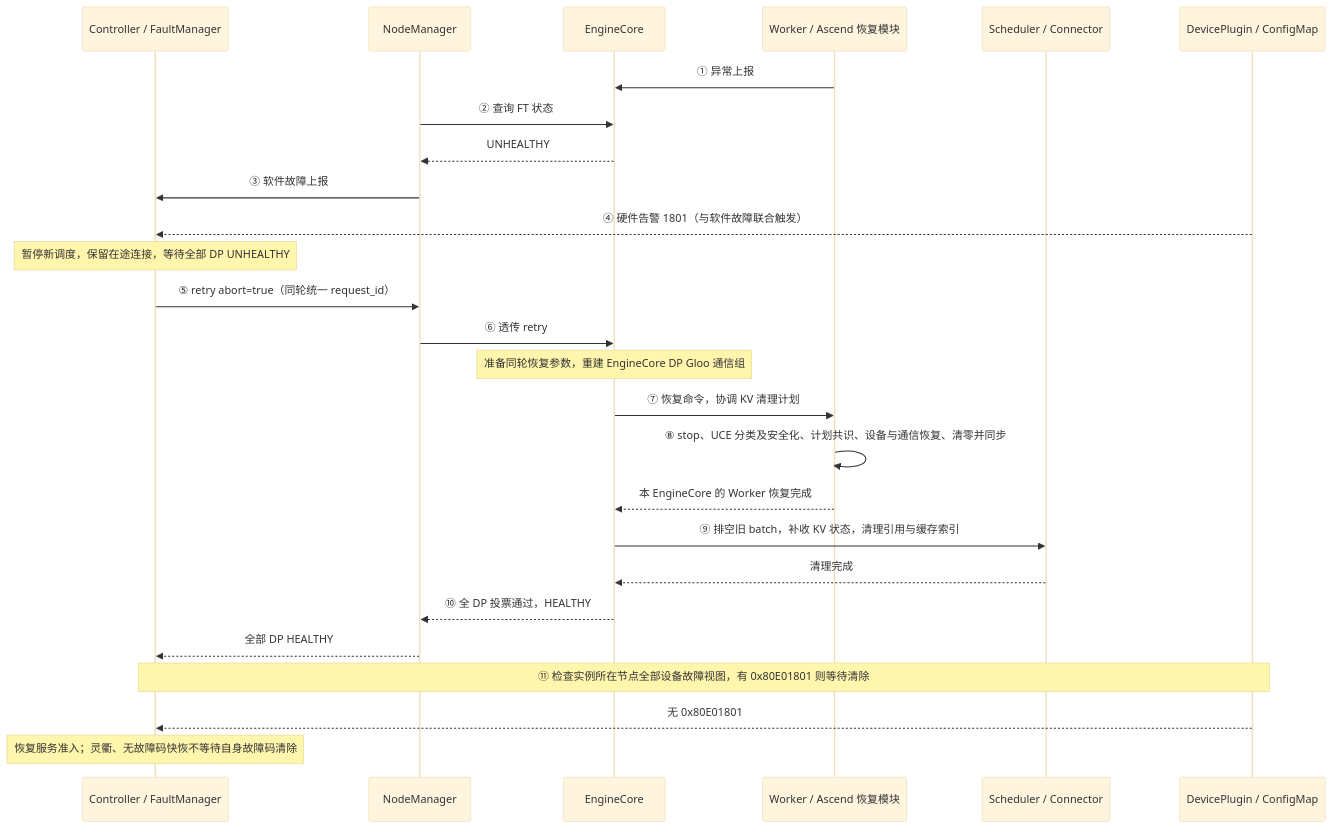
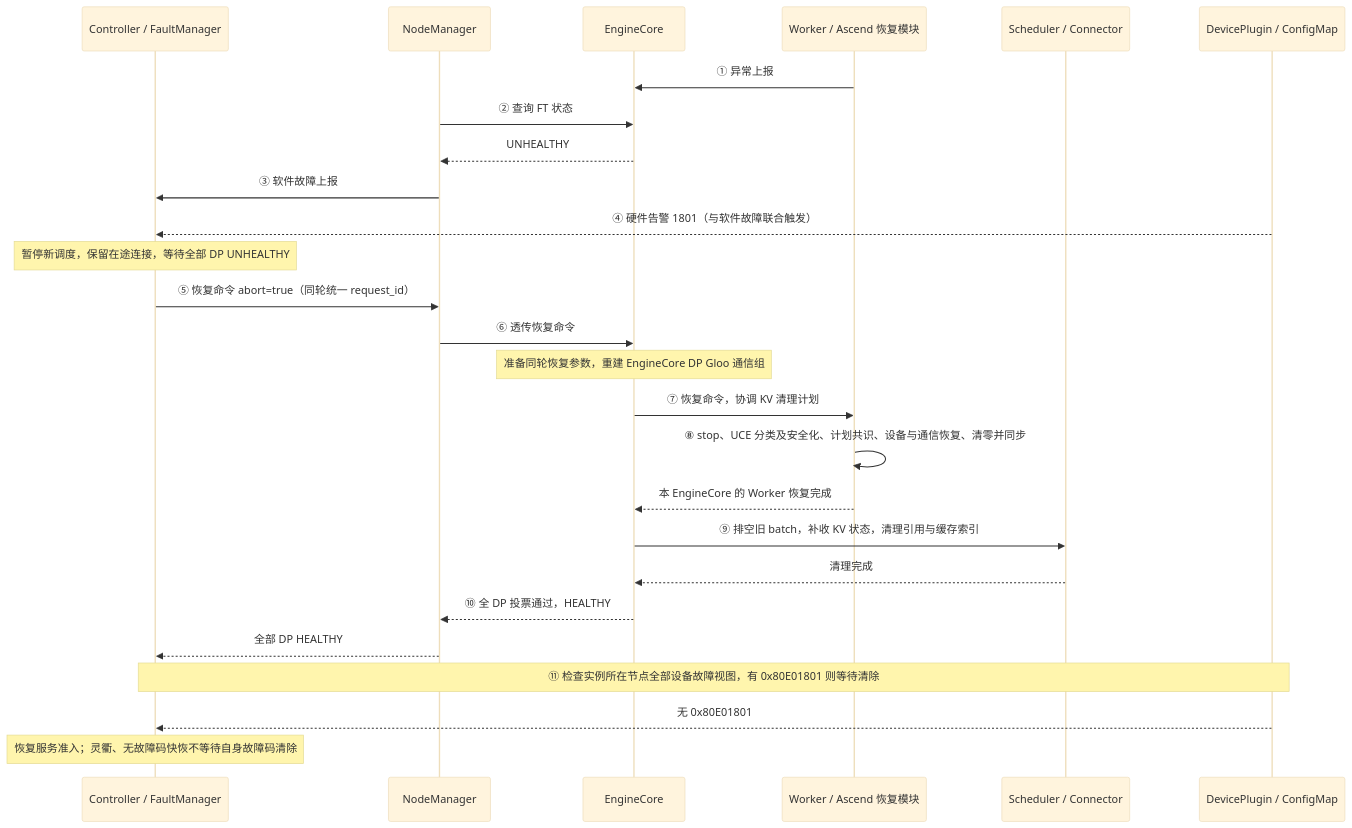
One commit to Ascend/MindIE-Motor changed the second of 2 diagrams in docs/zh/design/fault_tolerance/hbm_uce_recover.md. Above: the diagram before and after it, drawn with Mermaid (base theme). The commit also changed other lines of this file and 5 other files, not shown here.

````diff
--- a/docs/zh/design/fault_tolerance/hbm_uce_recover.md
+++ b/docs/zh/design/fault_tolerance/hbm_uce_recover.md
@@ -31,28 +41,28 @@
 ```mermaid
 sequenceDiagram
     participant C as Controller / FaultManager
     participant N as NodeManager
     participant E as EngineCore
     participant W as Worker / Ascend 恢复模块
     participant K as Scheduler / Connector
     participant H as DevicePlugin / ConfigMap
     W->>E: ① 异常上报
     N->>E: ② 查询 FT 状态
     E-->>N: UNHEALTHY
     N->>C: ③ 软件故障上报
     H-->>C: ④ 硬件告警 1801（与软件故障联合触发）
     Note over C: 暂停新调度，保留在途连接，等待全部 DP UNHEALTHY
-    C->>N: ⑤ retry abort=true（同轮统一 request_id）
-    N->>E: ⑥ 透传 retry
+    C->>N: ⑤ 恢复命令 abort=true（同轮统一 request_id）
+    N->>E: ⑥ 透传恢复命令
     Note over E: 准备同轮恢复参数，重建 EngineCore DP Gloo 通信组
     E->>W: ⑦ 恢复命令，协调 KV 清理计划
     W->>W: ⑧ stop、UCE 分类及安全化、计划共识、设备与通信恢复、清零并同步
     W-->>E: 本 EngineCore 的 Worker 恢复完成
     E->>K: ⑨ 排空旧 batch，补收 KV 状态，清理引用与缓存索引
     K-->>E: 清理完成
     E-->>N: ⑩ 全 DP 投票通过，HEALTHY
     N-->>C: 全部 DP HEALTHY
     Note over C,H: ⑪ 检查实例所在节点全部设备故障视图，有 0x80E01801 则等待清除
     H-->>C: 无 0x80E01801
     Note over C: 恢复服务准入；灵衢、无故障码快恢不等待自身故障码清除
 ```
````
